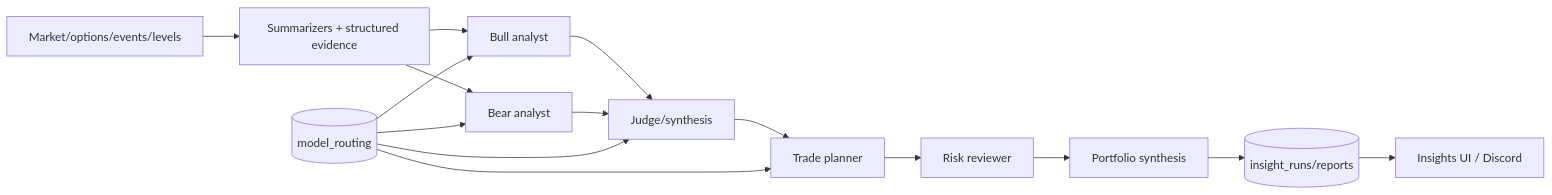
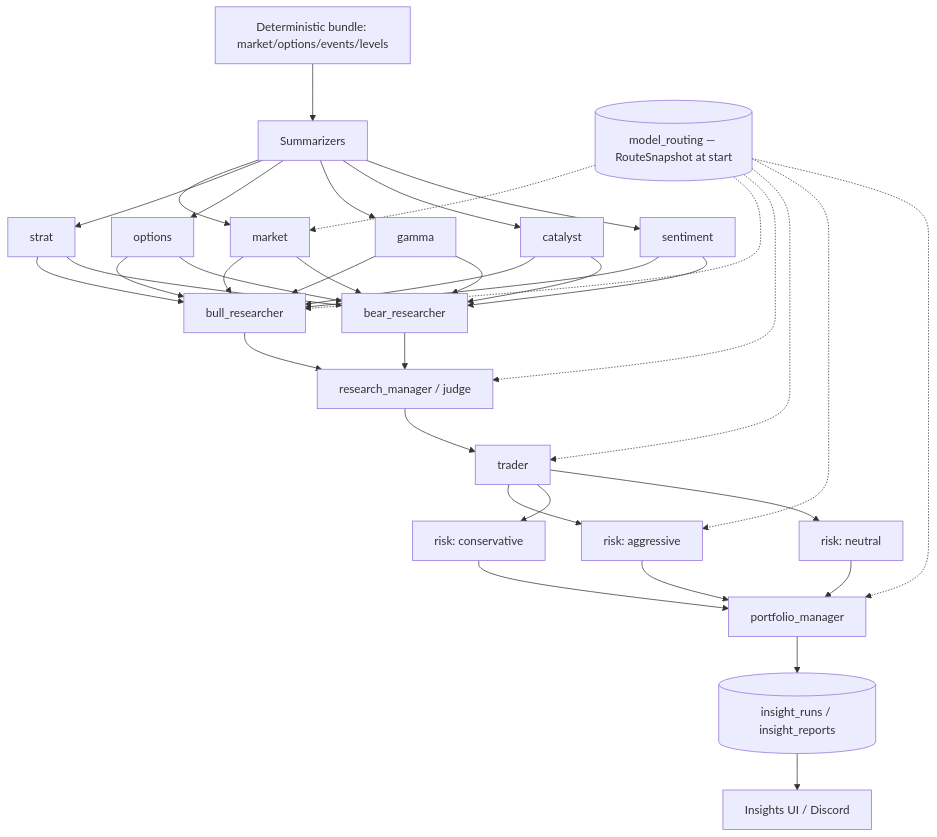
Before and after one commit to TeneikaAskew/stocks: the first of 2 diagrams in docs/product/08-AI-AGENT-ARCHITECTURE.md, drawn with Mermaid. The commit also changed other lines of this file and 16 other files, not shown here.

````diff
--- a/docs/product/08-AI-AGENT-ARCHITECTURE.md
+++ b/docs/product/08-AI-AGENT-ARCHITECTURE.md
@@ -6,17 +28,27 @@
 ```mermaid
-flowchart LR
- DATA[Market/options/events/levels] --> SUM[Summarizers + structured evidence]
- SUM --> BULL[Bull analyst]
- SUM --> BEAR[Bear analyst]
- BULL --> JUDGE[Judge/synthesis]
+flowchart TB
+ DATA[Deterministic bundle: market/options/events/levels] --> SUM[Summarizers]
+ SUM --> A1[market]
+ SUM --> A2[strat]
+ SUM --> A3[options]
+ SUM --> A4[gamma]
+ SUM --> A5[catalyst]
+ SUM --> A6[sentiment]
+ A1 & A2 & A3 & A4 & A5 & A6 --> BULL[bull_researcher]
+ A1 & A2 & A3 & A4 & A5 & A6 --> BEAR[bear_researcher]
+ BULL --> JUDGE[research_manager / judge]
  BEAR --> JUDGE
- JUDGE --> TRADER[Trade planner]
- TRADER --> RISK[Risk reviewer]
- RISK --> PORT[Portfolio synthesis]
- PORT --> PERSIST[(insight_runs/reports)]
+ JUDGE --> TRADER[trader]
+ TRADER --> R1[risk: aggressive]
+ TRADER --> R2[risk: conservative]
+ TRADER --> R3[risk: neutral]
+ R1 & R2 & R3 --> PM[portfolio_manager]
+ PM --> PERSIST[(insight_runs / insight_reports)]
  PERSIST --> UI[Insights UI / Discord]
- ROUTE[(model_routing)] --> BULL
- ROUTE --> BEAR
- ROUTE --> JUDGE
- ROUTE --> TRADER
+ ROUTE[(model_routing — RouteSnapshot at start)] -.-> A1
+ ROUTE -.-> BULL
+ ROUTE -.-> JUDGE
+ ROUTE -.-> TRADER
+ ROUTE -.-> R1
+ ROUTE -.-> PM
 ```
````
